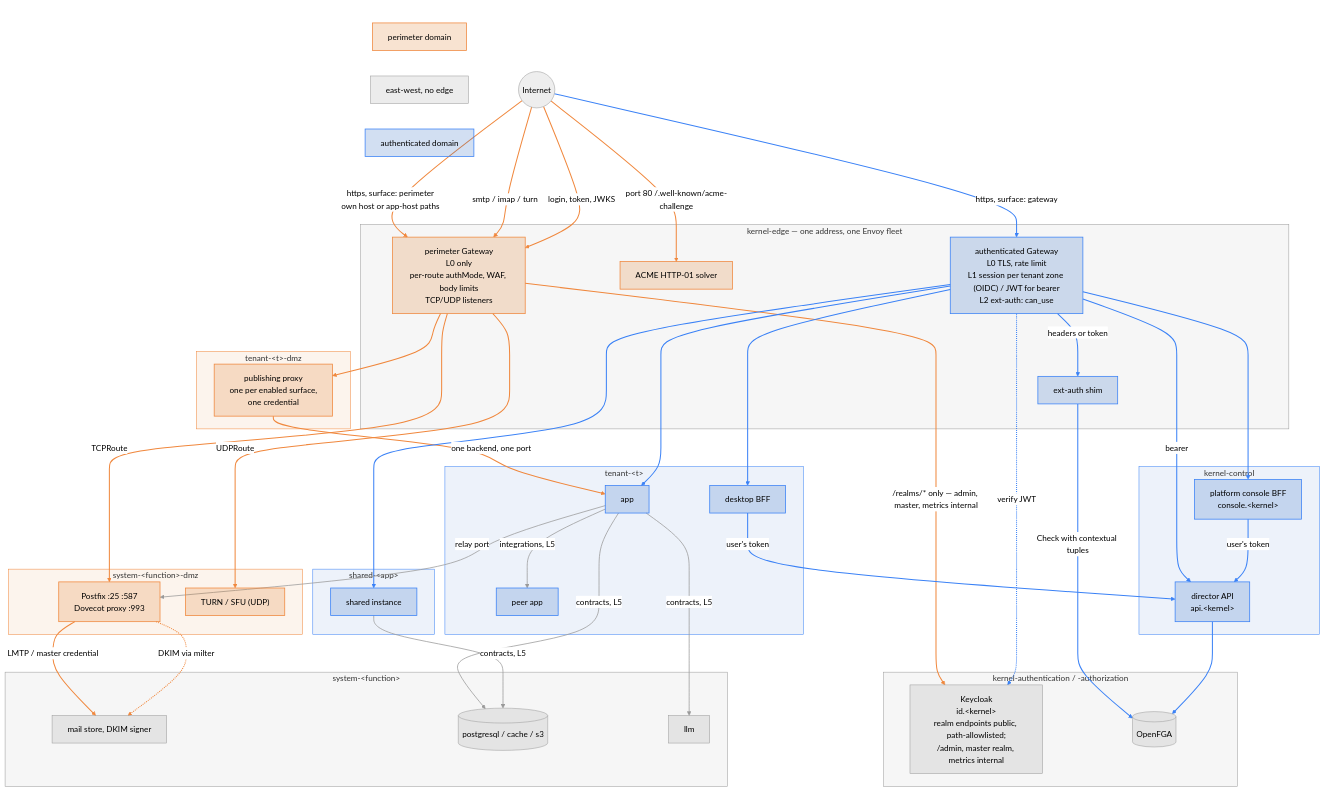
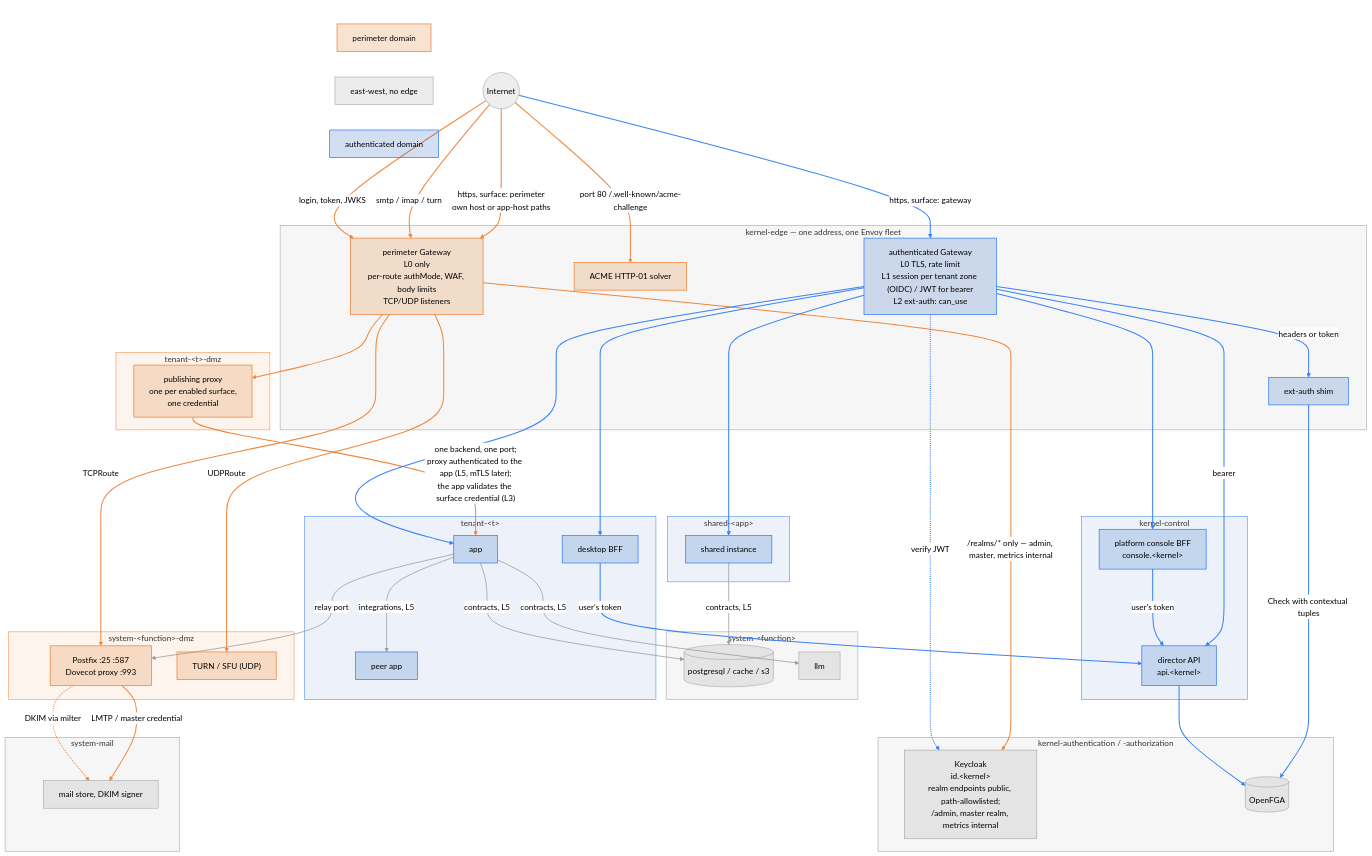
Before and after one commit to gentian-org/gentian-os: the diagram in docs/plans/networking.md, drawn with Mermaid (neutral theme).

Commit message:
docs(networking): system-mail beside the DMZ; proxy-to-app hop states what it authenticates

```diff
--- a/docs/plans/networking.md
+++ b/docs/plans/networking.md
@@ -72,13 +72,16 @@
         PX["publishing proxy<br/>one per enabled surface,<br/>one credential"]
     end
 
+    subgraph SMAIL["system-mail"]
+        STORE["mail store, DKIM signer"]
+    end
+
     subgraph KAUTH["kernel-authentication / -authorization"]
         KC["Keycloak<br/>id.&lt;kernel&gt;<br/>realm endpoints public, path-allowlisted;<br/>/admin, master realm, metrics internal"]
         FGA[("OpenFGA")]
     end
 
     subgraph SYS["system-&lt;function&gt;"]
-        STORE["mail store, DKIM signer"]
         DB[("postgresql / cache / s3")]
         LLM["llm"]
     end
@@ -108,7 +111,7 @@
     PG -->|"/realms/* only — admin, master, metrics internal"| KC
     MTA -->|"LMTP / master credential"| STORE
     MTA -. "DKIM via milter" .-> STORE
-    PX -->|"one backend, one port"| APP
+    PX -->|"one backend, one port;<br/>proxy authenticated to the app (L5, mTLS later);<br/>the app validates the surface credential (L3)"| APP
     NET -->|"https, surface: gateway"| AG
     AG -. "verify JWT" .-> KC
     AG -->|"headers or token"| SHIM
@@ -141,6 +144,7 @@
     style EDGE fill:#80808012,stroke:#9a9a9a
     style KAUTH fill:#80808012,stroke:#9a9a9a
     style SYS fill:#80808012,stroke:#9a9a9a
+    style SMAIL fill:#80808012,stroke:#9a9a9a
     style LEGEND fill:none,stroke:none
     linkStyle 0,1,2,3,4,5,6,7,8,9,10 stroke:#f0883e,stroke-width:2px
     linkStyle 11,12,13,14,15,16,17,18,19,20,21,22 stroke:#3b82f6,stroke-width:2px
```
